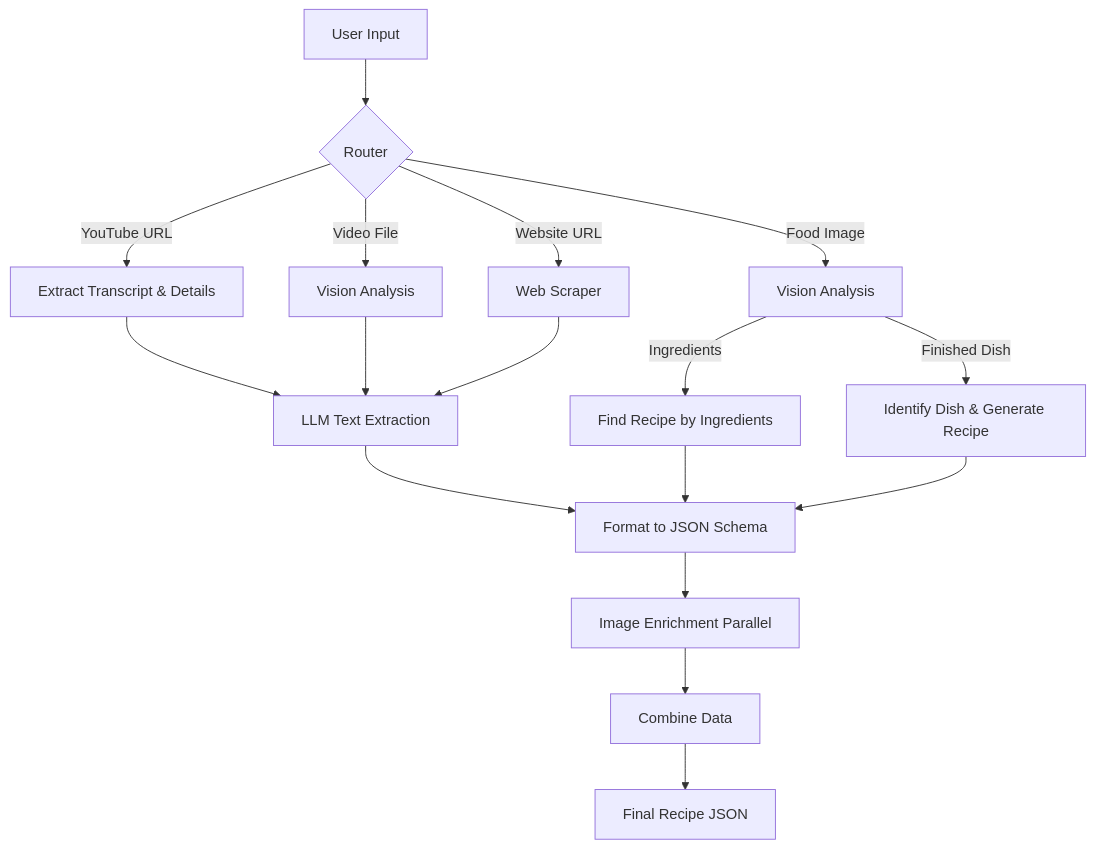
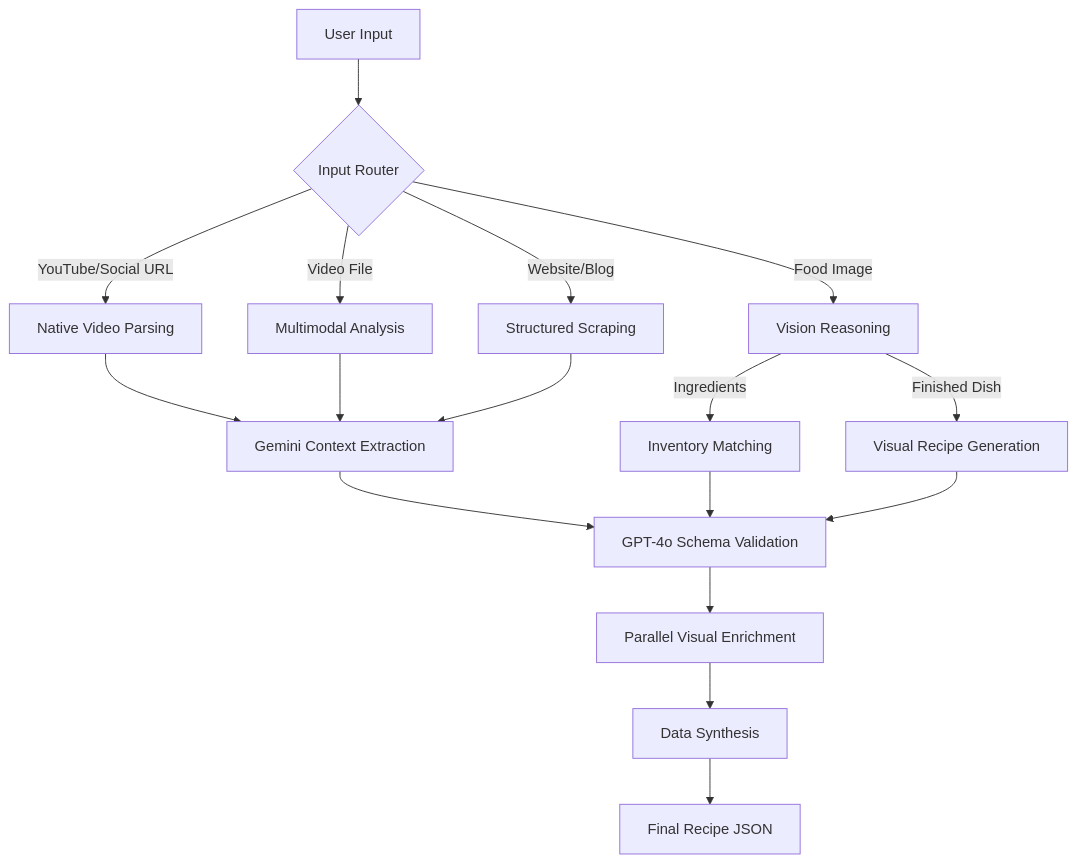
The diagram in BackEnd/Agent/README.md (SteveRogersBD/FrostByte), drawn with Mermaid before and after one commit. The commit also changed other lines of this file and 6 other files, not shown here.

````diff
--- a/BackEnd/Agent/README.md
+++ b/BackEnd/Agent/README.md
@@ -9,24 +14,24 @@
 ```mermaid
 graph TD
-    Start[User Input] --> Router{Router}
+    Start[User Input] --> Router{Input Router}
     
-    Router -->|YouTube URL| YouTube[Extract Transcript & Details]
-    Router -->|Video File| Video[Vision Analysis]
-    Router -->|Food Image| Image[Vision Analysis]
-    Router -->|Website URL| Scrape[Web Scraper]
+    Router -->|YouTube/Social URL| YouTube[Native Video Parsing]
+    Router -->|Video File| Video[Multimodal Analysis]
+    Router -->|Food Image| Image[Vision Reasoning]
+    Router -->|Website/Blog| Scrape[Structured Scraping]
     
-    YouTube --> TextExtract[LLM Text Extraction]
+    YouTube --> TextExtract[Gemini Context Extraction]
     Video --> TextExtract
     Scrape --> TextExtract
     
-    Image -->|Ingredients| IngLogic[Find Recipe by Ingredients]
-    Image -->|Finished Dish| DishLogic[Identify Dish & Generate Recipe]
+    Image -->|Ingredients| IngLogic[Inventory Matching]
+    Image -->|Finished Dish| DishLogic[Visual Recipe Generation]
     
-    TextExtract --> Format[Format to JSON Schema]
+    TextExtract --> Format[GPT-4o Schema Validation]
     IngLogic --> Format
     DishLogic --> Format
     
-    Format --> Enrich[Image Enrichment Parallel]
-    Enrich --> Merge[Combine Data]
+    Format --> Enrich[Parallel Visual Enrichment]
+    Enrich --> Merge[Data Synthesis]
     Merge --> End[Final Recipe JSON]
 ```
````
